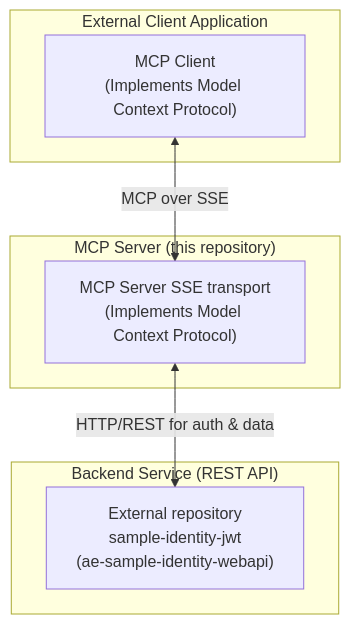
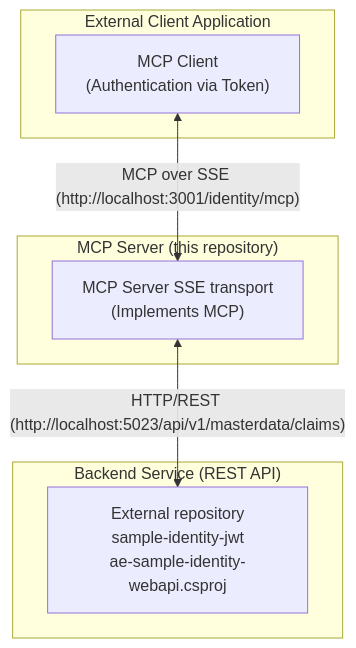
Before and after one commit to ISubkowskI/ae-poc-identity-mcpsrv: the diagram in README.md, drawn with Mermaid. The commit also changed other lines of this file and 3 other files, not shown here.

````diff
--- a/README.md
+++ b/README.md
@@ -11,17 +11,17 @@
 ```mermaid
 graph TD
     subgraph "External Client Application"
-        lblMCPClient["MCP Client<br/>(Implements Model Context Protocol)"]
+        lblMCPClient["MCP Client<br/>(Authentication via Token)"]
     end
 
     subgraph "MCP Server (this repository)"
-        lblMCPServer["MCP Server SSE transport<br/>(Implements Model Context Protocol)"]
+        lblMCPServer["MCP Server SSE transport<br/>(Implements MCP)"]
     end
 
     subgraph "Backend Service (REST API)"
-        lblBackendService["External repository<br/>sample-identity-jwt<br/>(ae-sample-identity-webapi)"]
+        lblBackendService["External repository<br/>sample-identity-jwt<br/>ae-sample-identity-webapi.csproj"]
     end
 
-    lblMCPClient -- "MCP over SSE" <--> lblMCPServer
-    lblMCPServer -- "HTTP/REST for auth & data" <--> lblBackendService
+    lblMCPClient -- "MCP over SSE (http://localhost:3001/identity/mcp)" <--> lblMCPServer
+    lblMCPServer -- "HTTP/REST (http://localhost:5023/api/v1/masterdata/claims)" <--> lblBackendService
 ```
````
